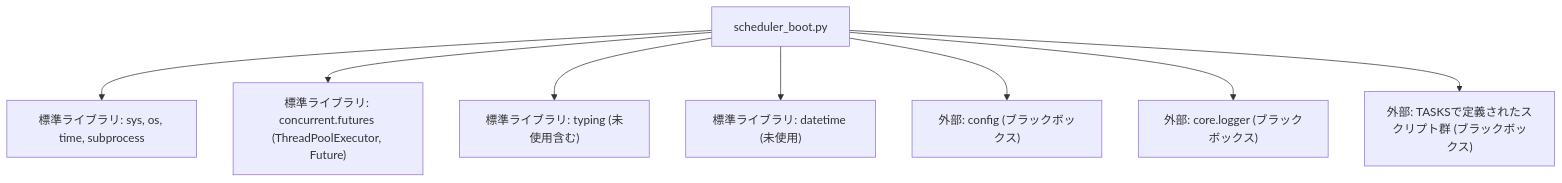
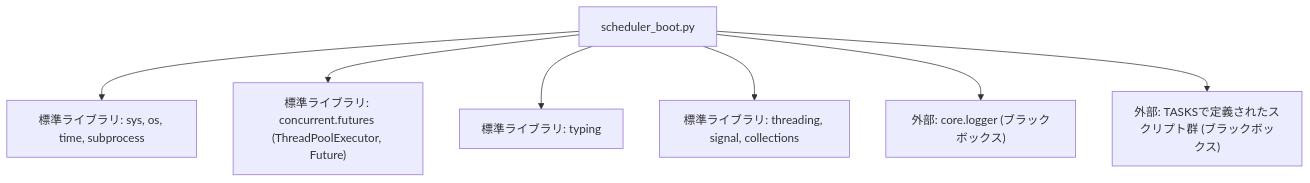
The second of 2 diagrams in docs/specifications/MY_HOME_SYSTEM/scheduler_boot.md (mmtigers/my_python_project), drawn with Mermaid before and after one commit. The commit also changed other lines of this file and 150 other files, not shown here.

````diff
--- a/docs/specifications/MY_HOME_SYSTEM/scheduler_boot.md
+++ b/docs/specifications/MY_HOME_SYSTEM/scheduler_boot.md
@@ -222,20 +222,18 @@
 ```mermaid
 graph TD
     Scheduler["scheduler_boot.py"]
     SysLib["標準ライブラリ: sys, os, time, subprocess"]
     ConcurrentLib["標準ライブラリ: concurrent.futures (ThreadPoolExecutor, Future)"]
-    TypingLib["標準ライブラリ: typing (未使用含む)"]
-    DateLib["標準ライブラリ: datetime (未使用)"]
-    Config["外部: config (ブラックボックス)"]
+    TypingLib["標準ライブラリ: typing"]
+    ThreadLib["標準ライブラリ: threading, signal, collections"]
     Logger["外部: core.logger (ブラックボックス)"]
     Scripts["外部: TASKSで定義されたスクリプト群 (ブラックボックス)"]
 
     Scheduler --> SysLib
     Scheduler --> ConcurrentLib
     Scheduler --> TypingLib
-    Scheduler --> DateLib
-    Scheduler --> Config
+    Scheduler --> ThreadLib
     Scheduler --> Logger
     Scheduler --> Scripts
 
 ```
````
